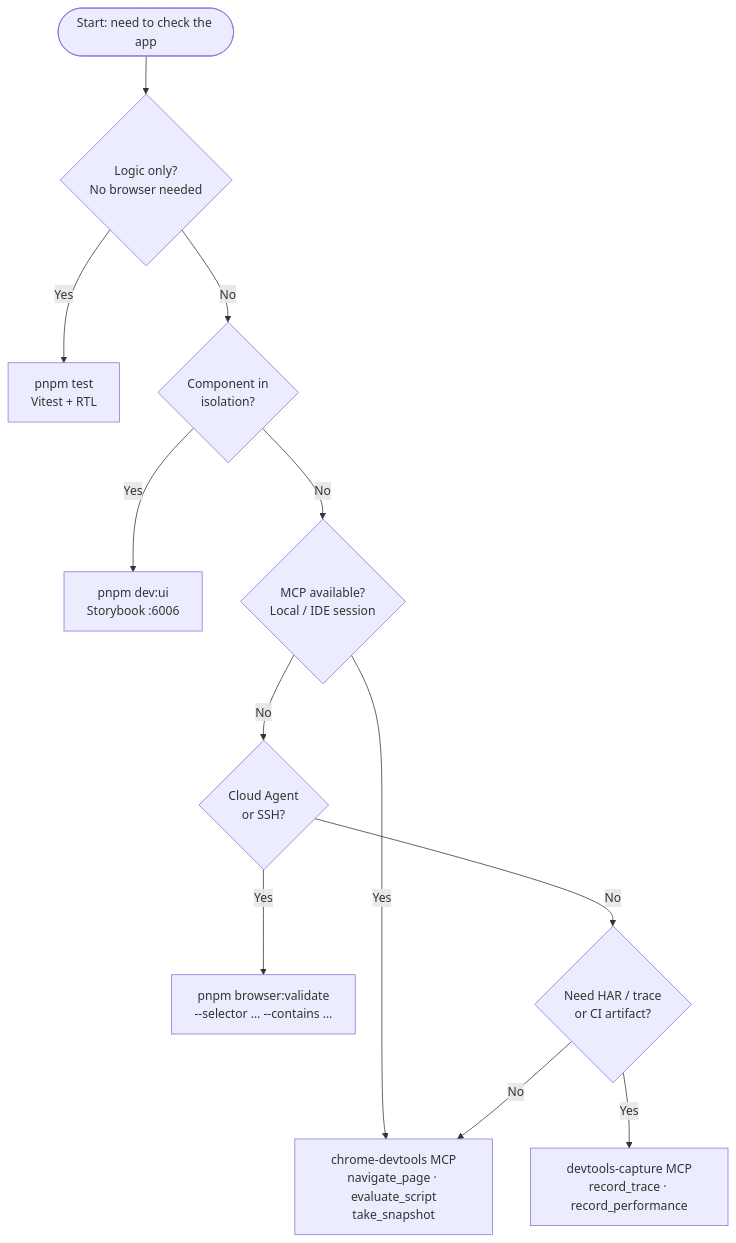
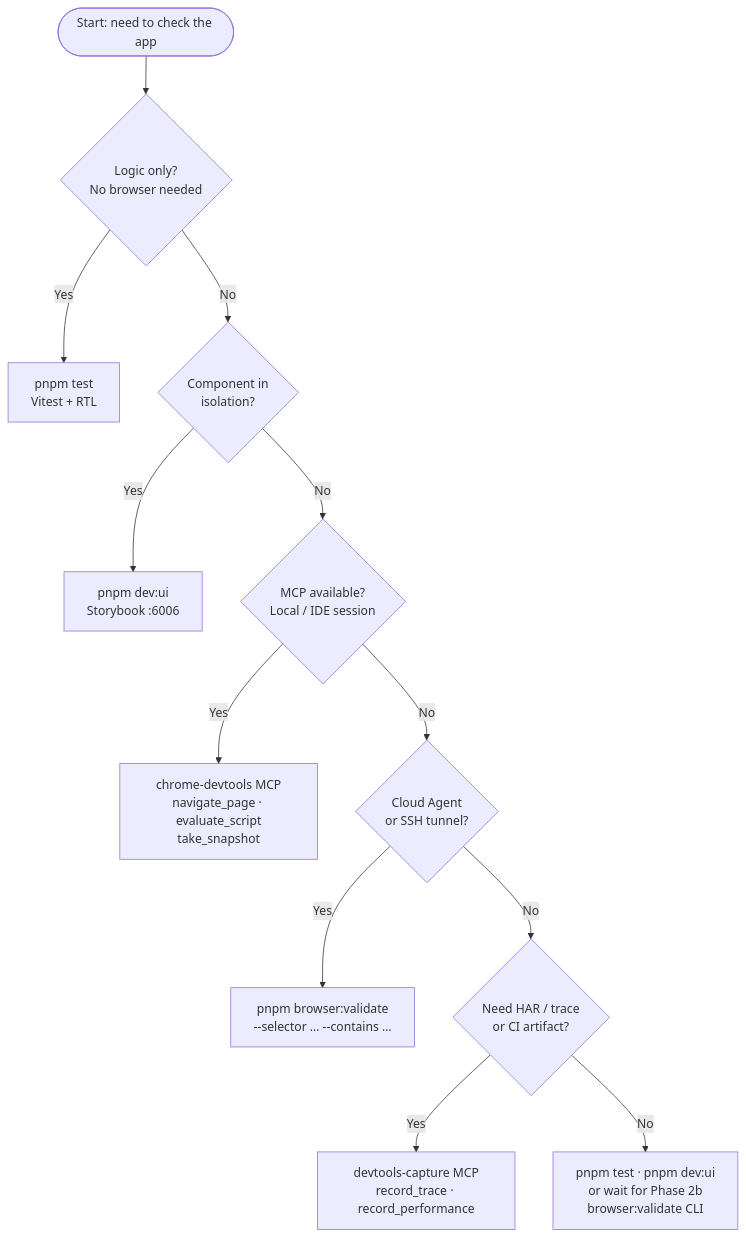
One commit to andrej-kolic/turborepo-react-starter changed the diagram in docs/browser-validation.md. Above: the diagram before and after it, drawn with Mermaid. The commit also changed other lines of this file and 2 other files, not shown here.

First line of the commit message:
fix: address review feedback on Phase 1 docs

````diff
--- a/docs/browser-validation.md
+++ b/docs/browser-validation.md
@@ -22,14 +22,14 @@
 ```mermaid
 flowchart TD
     A([Start: need to check the app]) --> B{Logic only?\nNo browser needed}
     B -- Yes --> C[pnpm test\nVitest + RTL]
     B -- No --> D{Component in\nisolation?}
     D -- Yes --> E[pnpm dev:ui\nStorybook :6006]
     D -- No --> F{MCP available?\nLocal / IDE session}
     F -- Yes --> G[chrome-devtools MCP\nnavigate_page · evaluate_script\ntake_snapshot]
-    F -- No --> H{Cloud Agent\nor SSH?}
+    F -- No --> H{Cloud Agent\nor SSH tunnel?}
     H -- Yes --> I[pnpm browser:validate\n--selector … --contains …]
     H -- No --> J{Need HAR / trace\nor CI artifact?}
     J -- Yes --> K[devtools-capture MCP\nrecord_trace · record_performance]
-    J -- No --> G
+    J -- No --> L[pnpm test · pnpm dev:ui\nor wait for Phase 2b\nbrowser:validate CLI]
 ```
````
